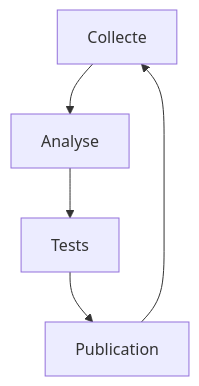
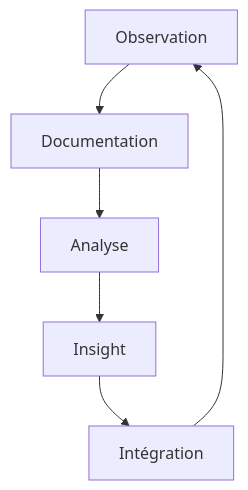
The diagram in README.md (yet-studio/quantum-dialog), drawn with Mermaid before and after one commit. The commit also changed other lines of this file and 12 other files, not shown here.

````diff
--- a/README.md
+++ b/README.md
@@ -39,7 +40,8 @@
 ```mermaid
 graph TD
-    A[Collecte] --> B[Analyse]
-    B --> C[Tests]
-    C --> D[Publication]
-    D --> A
+    A[Observation] --> B[Documentation]
+    B --> C[Analyse]
+    C --> D[Insight]
+    D --> E[Intégration]
+    E --> A
 ```
````
